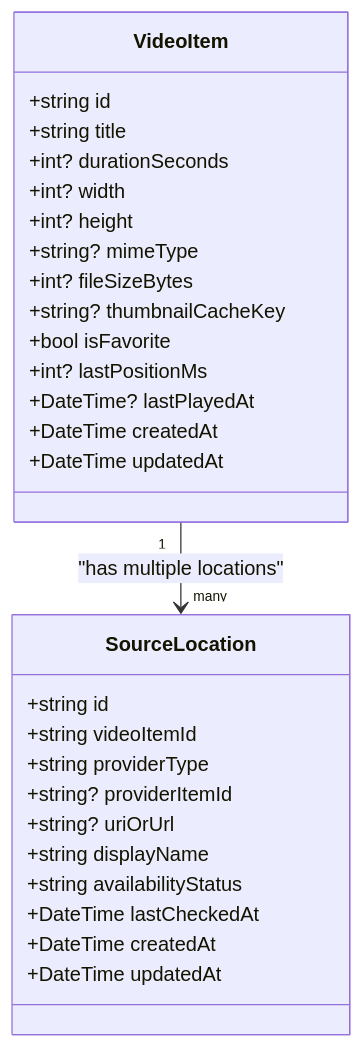
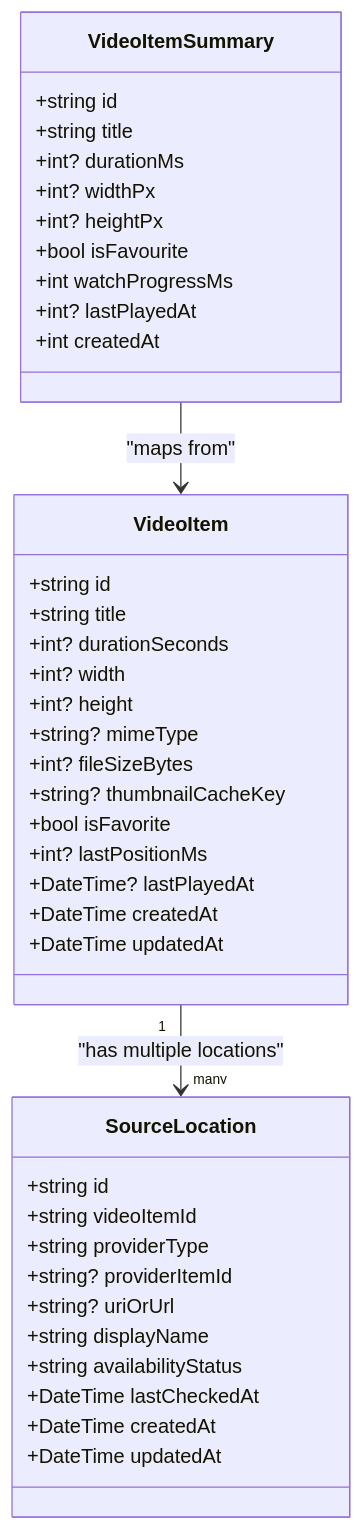
The eighth of 10 diagrams in .qoder/repowiki/en/content/Feature Modules/Library Feature.md (Rana76-u/mytube), drawn with Mermaid before and after one commit. The commit also changed other lines of this file and 62 other files, not shown here.

````diff
--- a/.qoder/repowiki/en/content/Feature Modules/Library Feature.md
+++ b/.qoder/repowiki/en/content/Feature Modules/Library Feature.md
@@ -223,31 +326,43 @@
 ```mermaid
 classDiagram
+class VideoItemSummary {
++string id
++string title
++int? durationMs
++int? widthPx
++int? heightPx
++bool isFavourite
++int watchProgressMs
++int? lastPlayedAt
++int createdAt
+}
 class VideoItem {
 +string id
 +string title
 +int? durationSeconds
 +int? width
 +int? height
 +string? mimeType
 +int? fileSizeBytes
 +string? thumbnailCacheKey
 +bool isFavorite
 +int? lastPositionMs
 +DateTime? lastPlayedAt
 +DateTime createdAt
 +DateTime updatedAt
 }
 class SourceLocation {
 +string id
 +string videoItemId
 +string providerType
 +string? providerItemId
 +string? uriOrUrl
 +string displayName
 +string availabilityStatus
 +DateTime lastCheckedAt
 +DateTime createdAt
 +DateTime updatedAt
 }
 VideoItem "1" --> "many" SourceLocation : "has multiple locations"
+VideoItemSummary --> VideoItem : "maps from"
 ```
````
